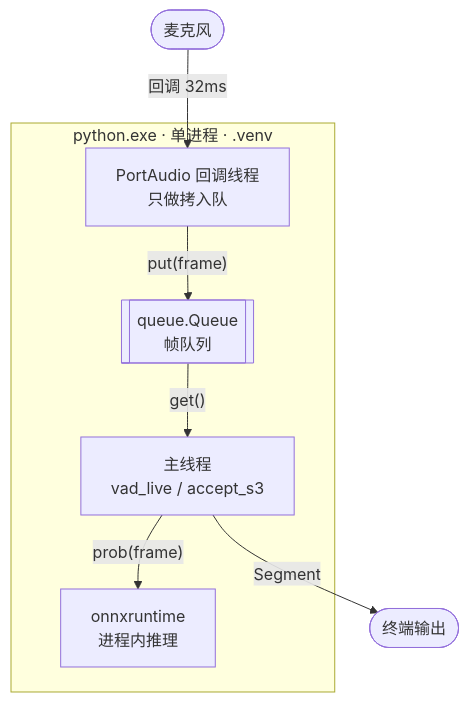
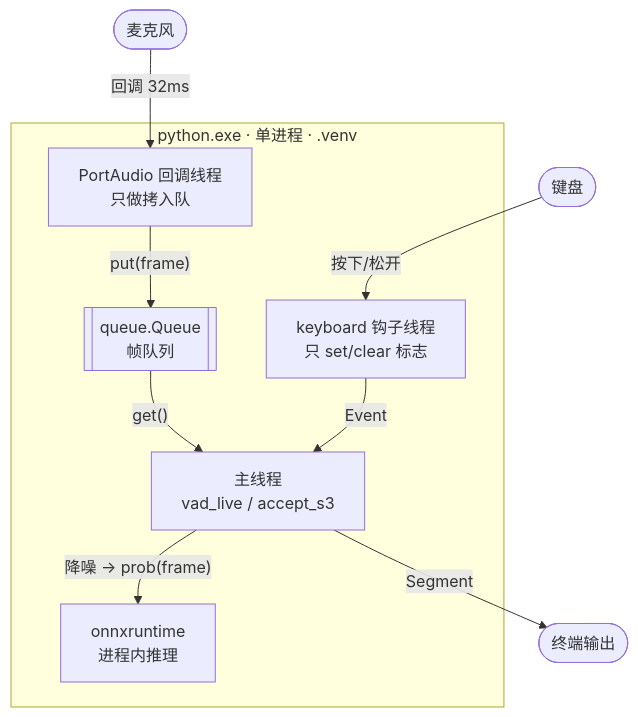
Before and after one commit to DongyueHAN/VoxDesk: the second of 3 diagrams in audio/README.md, drawn with Mermaid. The commit also changed other lines of this file and 10 other files, not shown here.

````diff
--- a/audio/README.md
+++ b/audio/README.md
@@ -38,18 +40,22 @@
 ```mermaid
 %% diagram: AUD-L2 音频切片容器（已实现） | updated: 2026-11-05
 flowchart TB
     subgraph PROC["python.exe · 单进程 · .venv"]
         MAIN["主线程<br/>vad_live / accept_s3"]
         CB["PortAudio 回调线程<br/>只做拷入队"]
+        HOOK["keyboard 钩子线程<br/>只 set/clear 标志"]
         Q[["queue.Queue<br/>帧队列"]]
         ORT["onnxruntime<br/>进程内推理"]
     end
     MIC(["麦克风"])
+    KBD(["键盘"])
     SPK(["终端输出"])
 
     MIC -->|"回调 32ms"| CB
     CB -->|"put(frame)"| Q
     Q -->|"get()"| MAIN
-    MAIN -->|"prob(frame)"| ORT
+    MAIN -->|"降噪 → prob(frame)"| ORT
+    KBD -->|"按下/松开"| HOOK
+    HOOK -->|"Event"| MAIN
     MAIN -->|"Segment"| SPK
 ```
````
